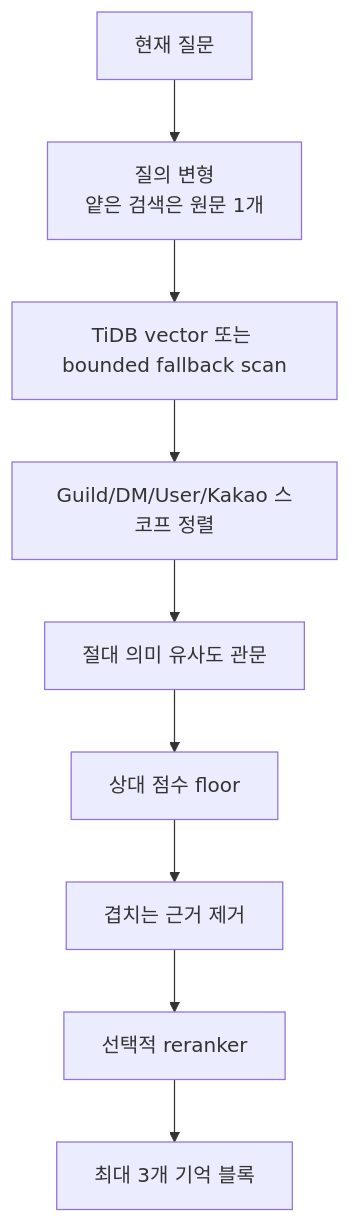
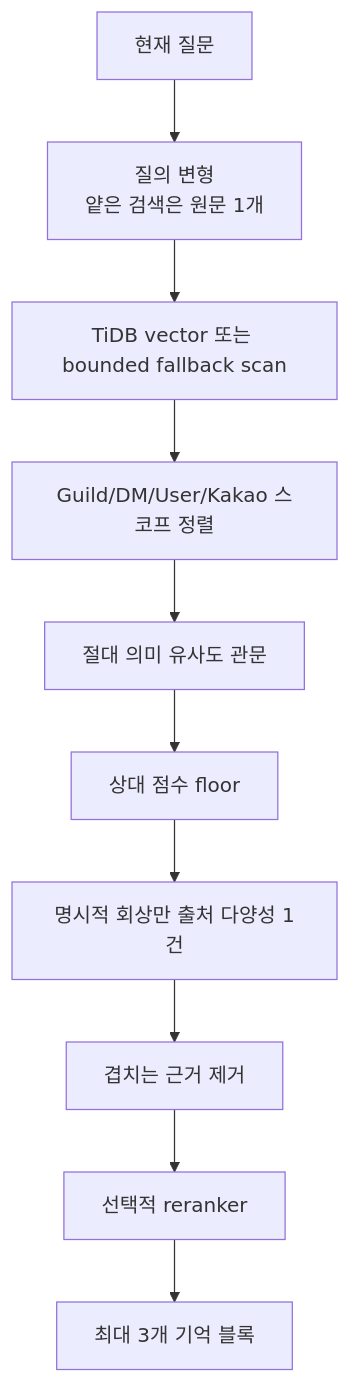
The second of 3 diagrams in docs/ARCHITECTURE.ko.md (kim0040/masamong), drawn with Mermaid before and after one commit. The commit also changed other lines of this file and 15 other files, not shown here.

````diff
--- a/docs/ARCHITECTURE.ko.md
+++ b/docs/ARCHITECTURE.ko.md
@@ -163,11 +169,12 @@
 ```mermaid
 flowchart TD
     Q["현재 질문"] --> V["질의 변형<br/>얕은 검색은 원문 1개"]
     V --> S["TiDB vector 또는 bounded fallback scan"]
     S --> C["Guild/DM/User/Kakao 스코프 정렬"]
     C --> G["절대 의미 유사도 관문"]
     G --> RF["상대 점수 floor"]
-    RF --> DD["겹치는 근거 제거"]
+    RF --> SD["명시적 회상만 출처 다양성 1건"]
+    SD --> DD["겹치는 근거 제거"]
     DD --> RR["선택적 reranker"]
     RR --> K["최대 3개 기억 블록"]
 ```
````
